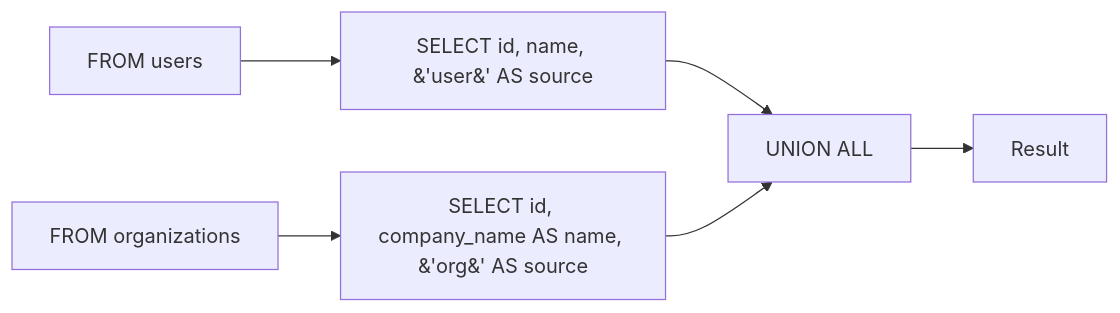
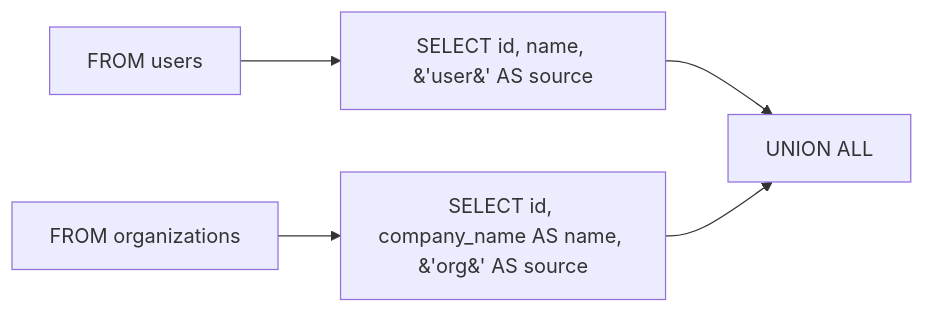
Before and after one commit to rot1024/sqloflow: the diagram in examples/union_query.mmd, drawn with Mermaid. The commit also changed 51 other files, not shown here.

Commit message:
feat: impl schema view renderer

```diff
--- a/examples/union_query.mmd
+++ b/examples/union_query.mmd
@@ -1,12 +1,10 @@
 flowchart LR
     node_0[FROM users]
     node_1["SELECT id, name, &#39;user&#39; AS source"]
     node_2[UNION ALL]
     node_3[FROM organizations]
     node_4["SELECT id, company_name AS name, &#39;org&#39; AS source"]
-    node_5[Result]
     node_0 --> node_1
     node_1 --> node_2
     node_3 --> node_4
     node_4 --> node_2
-    node_2 --> node_5
```
